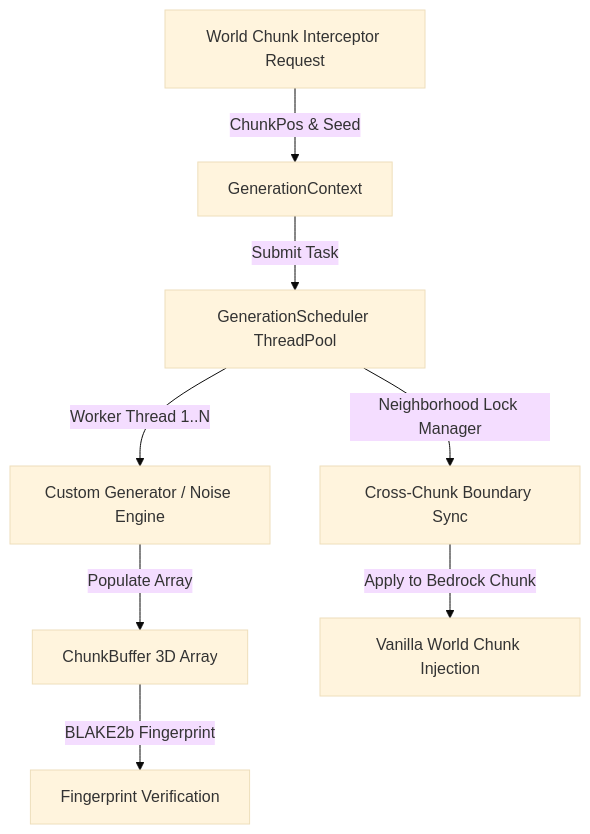
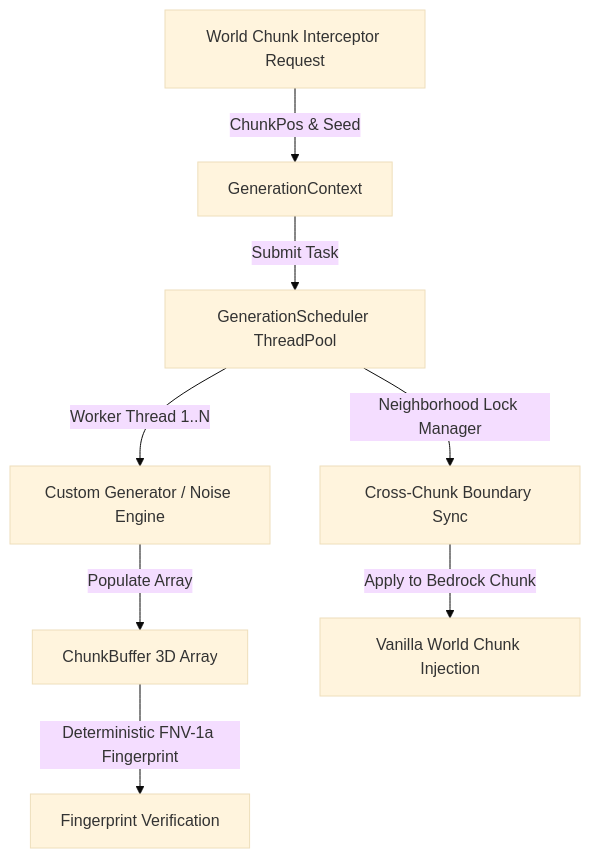
Before and after one commit to TheNINJALLO/endstone-worldgen-api: the diagram in README.md, drawn with Mermaid (base theme). The commit also changed other lines of this file and 62 other files, not shown here.

````diff
--- a/README.md
+++ b/README.md
@@ -37,10 +43,10 @@
 ```mermaid
 graph TD
     A[World Chunk Interceptor Request] -->|ChunkPos & Seed| B[GenerationContext]
     B -->|Submit Task| C[GenerationScheduler ThreadPool]
     C -->|Worker Thread 1..N| D[Custom Generator / Noise Engine]
     D -->|Populate Array| E[ChunkBuffer 3D Array]
-    E -->|BLAKE2b Fingerprint| F[Fingerprint Verification]
+    E -->|Deterministic FNV-1a Fingerprint| F[Fingerprint Verification]
     C -->|Neighborhood Lock Manager| G[Cross-Chunk Boundary Sync]
     G -->|Apply to Bedrock Chunk| H[Vanilla World Chunk Injection]
 ```
````
